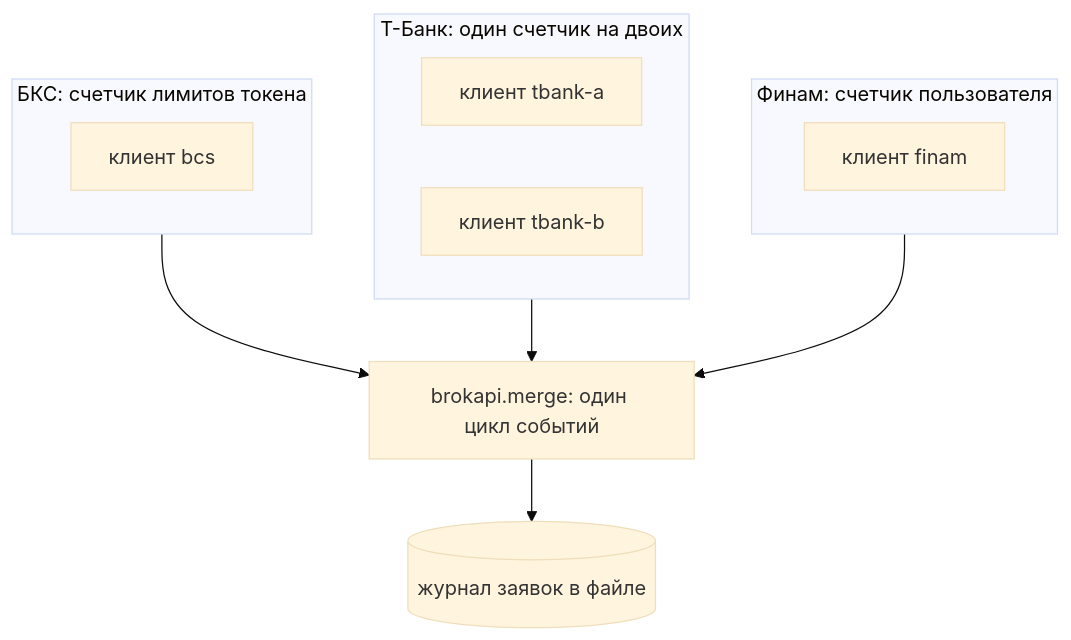
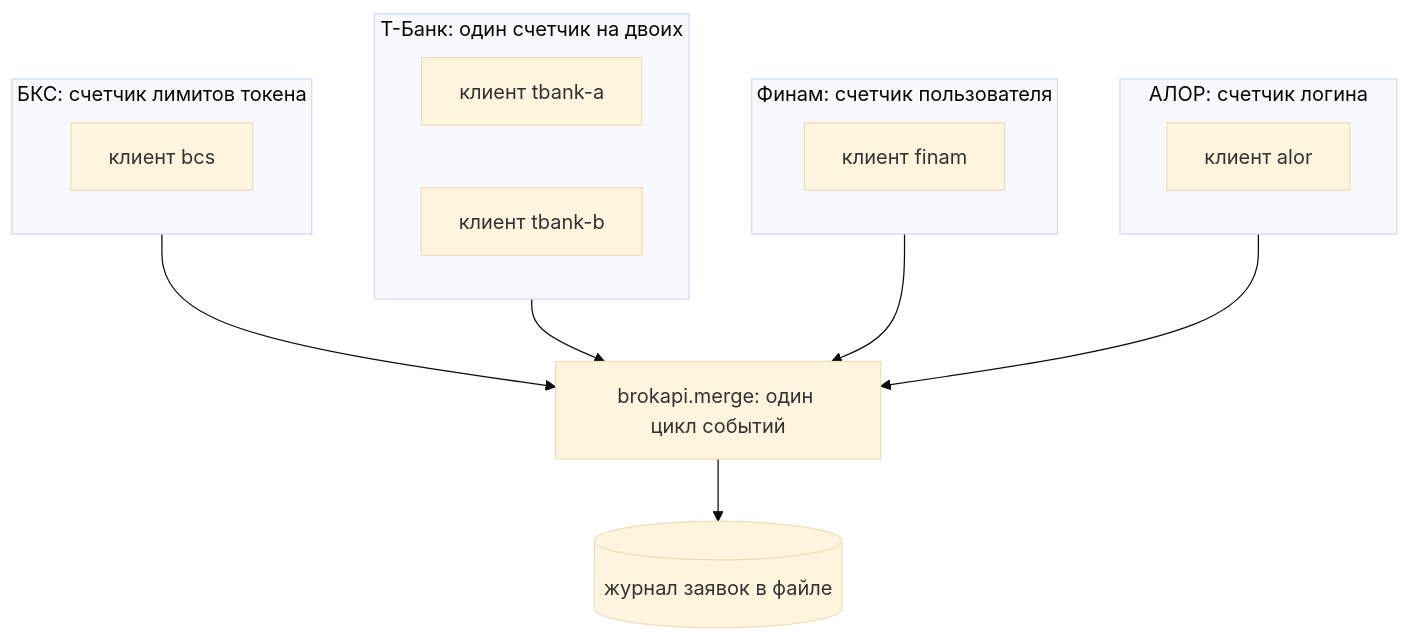
Before and after one commit to runinfra/brokapi: the diagram in docs/src/python/howto-infrastructure.md, drawn with Mermaid (base theme). The commit also changed other lines of this file and 46 other files, not shown here.

````diff
--- a/docs/src/python/howto-infrastructure.md
+++ b/docs/src/python/howto-infrastructure.md
@@ -14,17 +14,21 @@
 ```mermaid
 flowchart TB
   subgraph B[БКС: счетчик лимитов токена]
     A1[клиент bcs]
   end
   subgraph T[Т-Банк: один счетчик на двоих]
     A2[клиент tbank-a]
     A3[клиент tbank-b]
   end
   subgraph F[Финам: счетчик пользователя]
     A4[клиент finam]
   end
+  subgraph L[АЛОР: счетчик логина]
+    A5[клиент alor]
+  end
   B --> M[brokapi.merge: один цикл событий]
   T --> M
   F --> M
+  L --> M
   M --> J[(журнал заявок в файле)]
 ```
````
